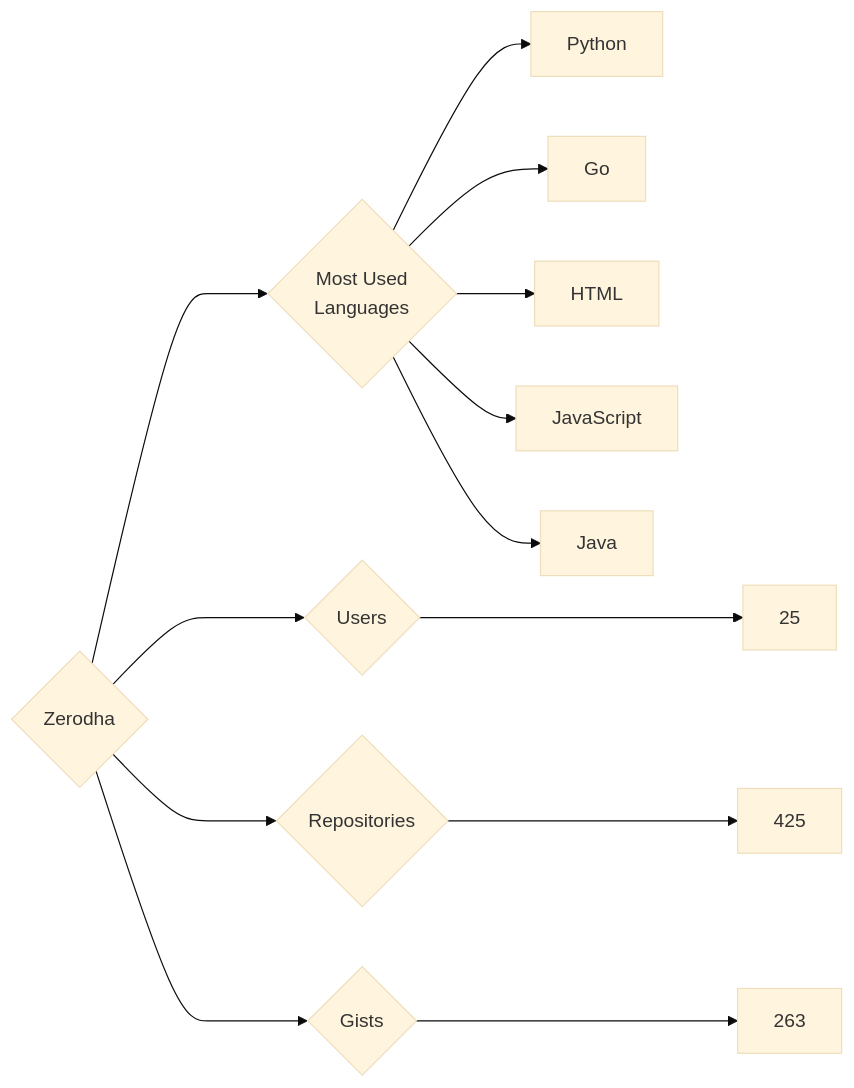
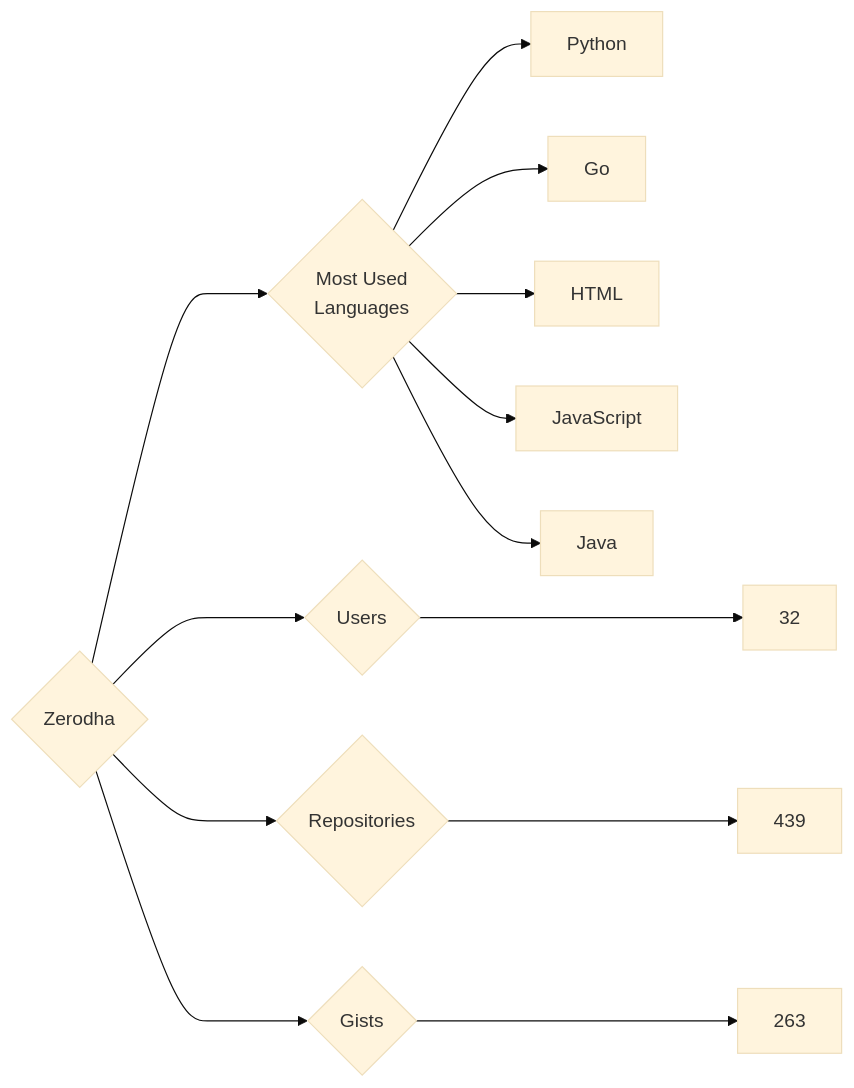
Before and after one commit to trickest/insiders: the diagram in targets/Zerodha/README.md, drawn with Mermaid (base theme). The commit also changed 1479 other files, not shown here.

````diff
--- a/targets/Zerodha/README.md
+++ b/targets/Zerodha/README.md
@@ -3,13 +3,13 @@
 ```mermaid
 graph LR
 COMPANY_NAME{Zerodha}
-COMPANY_NAME ---> U{Users} ---> UN[25]
-COMPANY_NAME ---> R{Repositories} ---> RN[425]
+COMPANY_NAME ---> U{Users} ---> UN[32]
+COMPANY_NAME ---> R{Repositories} ---> RN[439]
 COMPANY_NAME ---> G{Gists} ---> GN[263]
 COMPANY_NAME ---> ML{Most Used<br>Languages}
 ML --> Python[Python]
 ML --> Go[Go]
 ML --> HTML[HTML]
 ML --> JavaScript[JavaScript]
 ML --> Java[Java]
 ```
````
